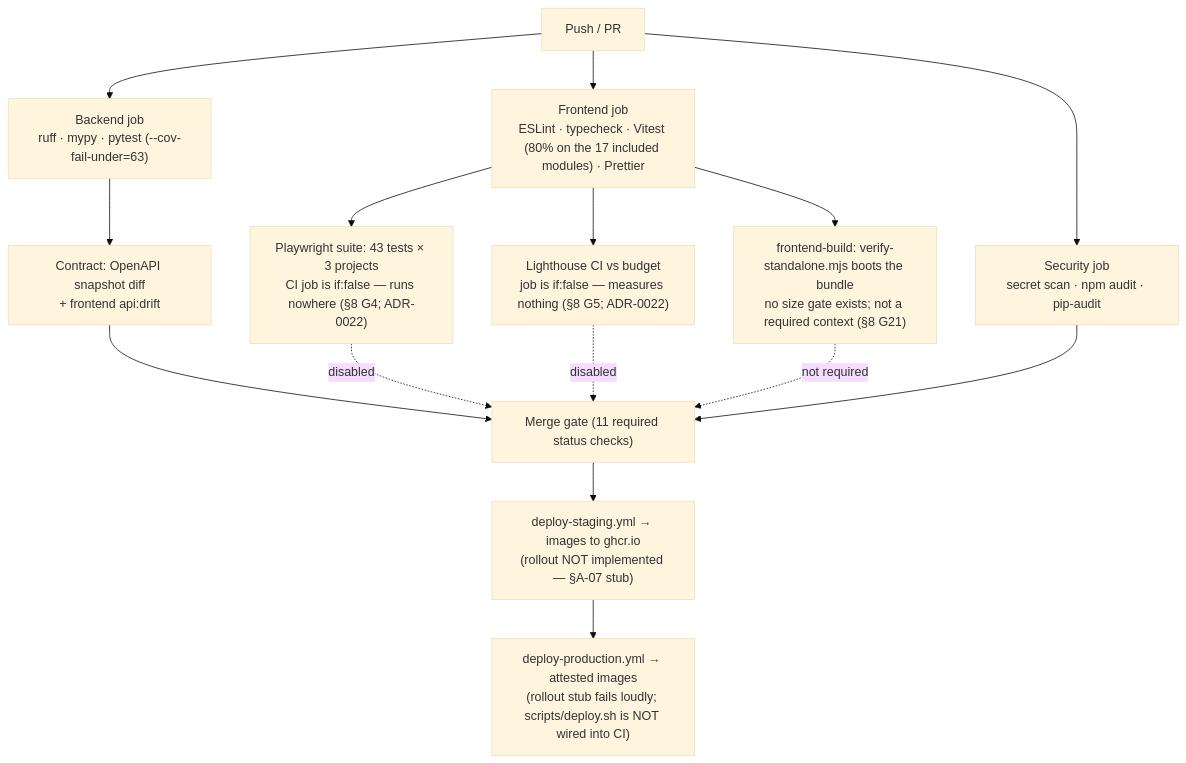
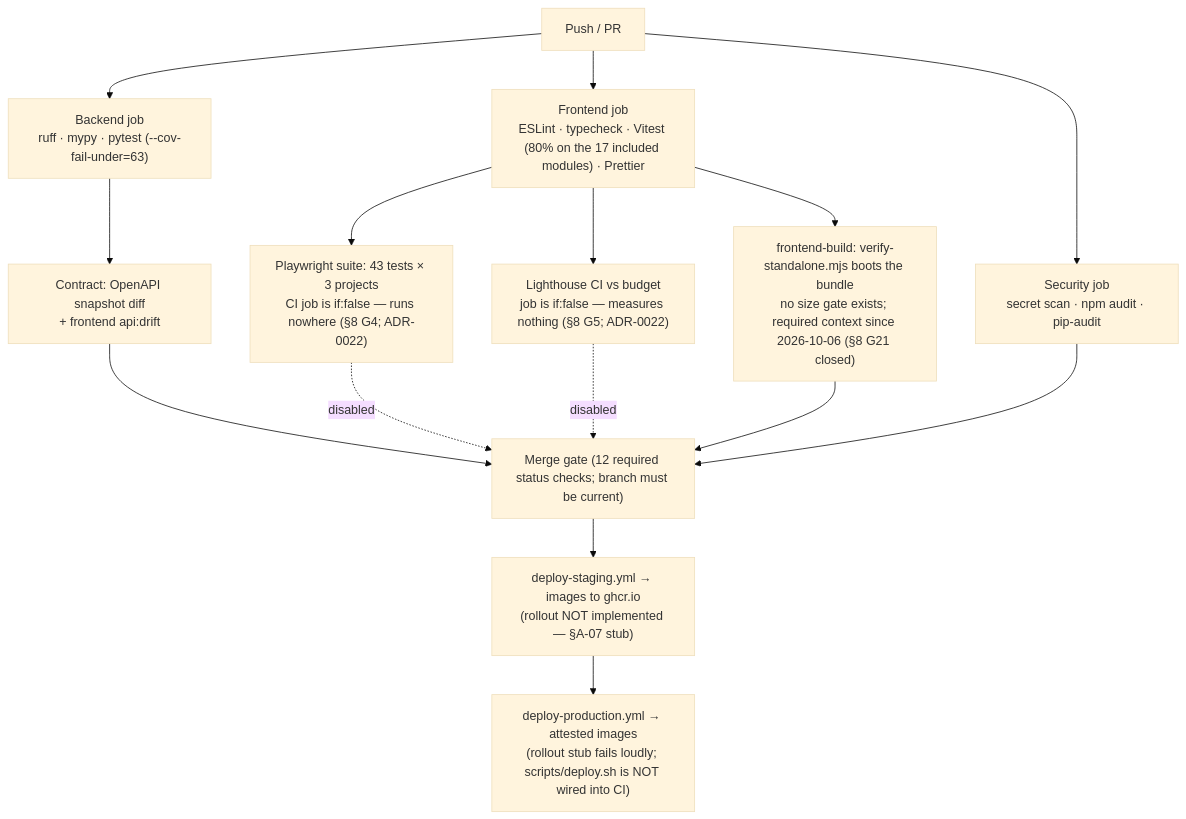
Before and after one commit to jolarca-dev/jolarca: the diagram in docs/TESTING_STRATEGY.md, drawn with Mermaid (base theme). The commit also changed other lines of this file and 5 other files, not shown here.

First line of the commit message:
ci(protection): require frontend-build and turn strict on (§8 G21 fix 2, §8 G36) (#189)

````diff
--- a/docs/TESTING_STRATEGY.md
+++ b/docs/TESTING_STRATEGY.md
@@ -76,17 +76,17 @@
 ```mermaid
 flowchart TD
     PR["Push / PR"] --> BE["Backend job<br/>ruff · mypy · pytest (--cov-fail-under=63)"]
     PR --> FE["Frontend job<br/>ESLint · typecheck · Vitest (80% on the 17 included modules) · Prettier"]
     PR --> SEC["Security job<br/>secret scan · npm audit · pip-audit"]
     BE --> CT["Contract: OpenAPI snapshot diff<br/>+ frontend api:drift"]
     FE --> E2E["Playwright suite: 43 tests × 3 projects<br/>CI job is if:false — runs nowhere (§8 G4; ADR-0022)"]
     FE --> LH["Lighthouse CI vs budget<br/>job is if:false — measures nothing (§8 G5; ADR-0022)"]
-    FE --> BA["frontend-build: verify-standalone.mjs boots the bundle<br/>no size gate exists; not a required context (§8 G21)"]
-    CT --> MERGE["Merge gate (11 required status checks)"]
+    FE --> BA["frontend-build: verify-standalone.mjs boots the bundle<br/>no size gate exists; required context since 2026-10-06 (§8 G21 closed)"]
+    CT --> MERGE["Merge gate (12 required status checks; branch must be current)"]
     E2E -.->|disabled| MERGE
     LH -.->|disabled| MERGE
-    BA -.->|not required| MERGE
+    BA --> MERGE
     SEC --> MERGE
     MERGE --> STG["deploy-staging.yml → images to ghcr.io<br/>(rollout NOT implemented — §A-07 stub)"]
     STG --> PROD["deploy-production.yml → attested images<br/>(rollout stub fails loudly; scripts/deploy.sh is NOT wired into CI)"]
 ```
````
